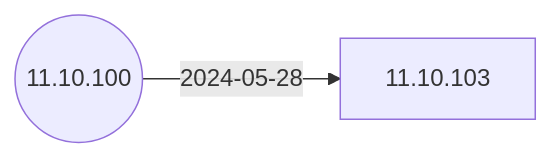
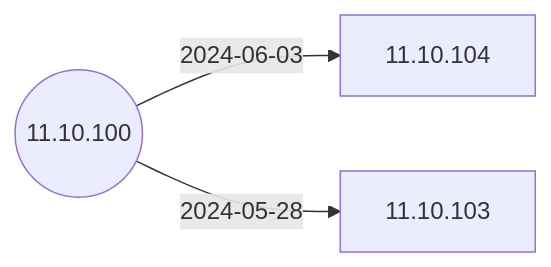
The second of 6 diagrams in docs/Docs/ReleaseNotes/01-OS11/README.md (IGEL-Community/IGEL-Docs-v02), drawn with Mermaid before and after one commit. The commit also changed 2 other files, not shown here.

Commit message:
11.10.104 < 11.10.100

````diff
--- a/docs/Docs/ReleaseNotes/01-OS11/README.md
+++ b/docs/Docs/ReleaseNotes/01-OS11/README.md
@@ -41,7 +41,9 @@
 ```mermaid
 flowchart LR
+    11.10.100-- 2024-06-03 -->11.10.104
     11.10.100-- 2024-05-28 -->11.10.103
     11.10.100((11.10.100))
+    click 11.10.104 "https://github.com/IGEL-Community/IGEL-Docs-v02/tree/main/docs/Docs/ReleaseNotes/01-OS11/readme11.10.104.txt" _blank
     click 11.10.103 "https://github.com/IGEL-Community/IGEL-Docs-v02/tree/main/docs/Docs/ReleaseNotes/01-OS11/readme11.10.103.txt" _blank
     click 11.10.100 "https://github.com/IGEL-Community/IGEL-Docs-v02/tree/main/docs/Docs/ReleaseNotes/01-OS11/readme11.10.100.txt" _blank
 ```
````
